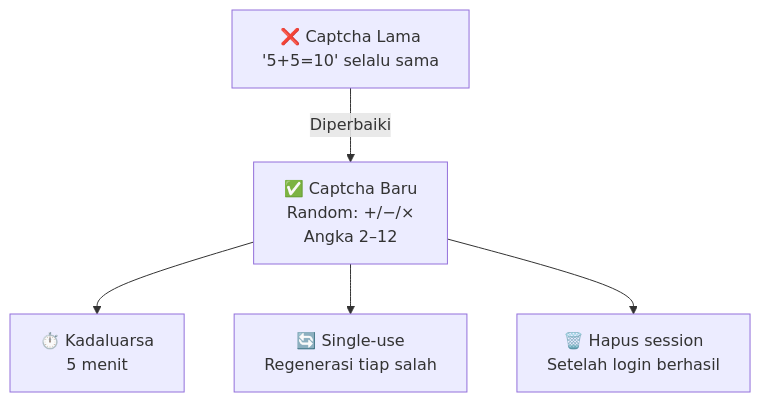
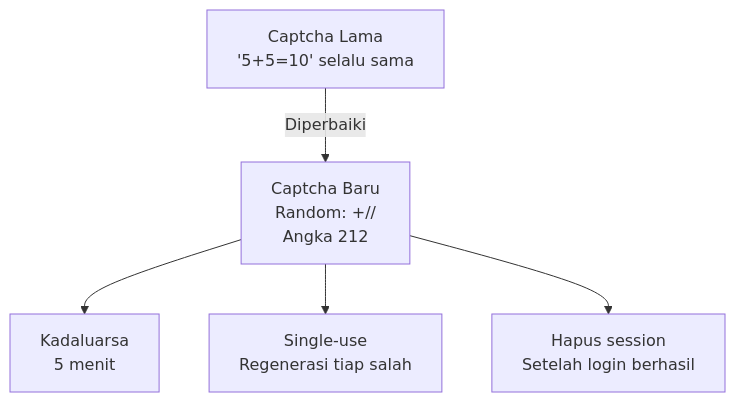
The third of 7 diagrams in docs/laporan_pentest_jdih.md (diskonnekted/jdih), drawn with Mermaid before and after one commit. The commit also changed other lines of this file and 2 other files, not shown here.

First line of the commit message:
docs: hapus semua emoji dari laporan MD (clean text only)

````diff
--- a/docs/laporan_pentest_jdih.md
+++ b/docs/laporan_pentest_jdih.md
@@ -72,7 +70,7 @@
 ```mermaid
 flowchart TD
-    A["❌ Captcha Lama\n'5+5=10' selalu sama"] -->|Diperbaiki| B["✅ Captcha Baru\nRandom: +/−/×\nAngka 2–12"]
-    B --> C["⏱️ Kadaluarsa\n5 menit"]
-    B --> D["🔄 Single-use\nRegenerasi tiap salah"]
-    B --> E["🗑️ Hapus session\nSetelah login berhasil"]
+    A["Captcha Lama\n'5+5=10' selalu sama"] -->|Diperbaiki| B["Captcha Baru\nRandom: +//\nAngka 212"]
+    B --> C["Kadaluarsa\n5 menit"]
+    B --> D["Single-use\nRegenerasi tiap salah"]
+    B --> E["Hapus session\nSetelah login berhasil"]
 ```
````
